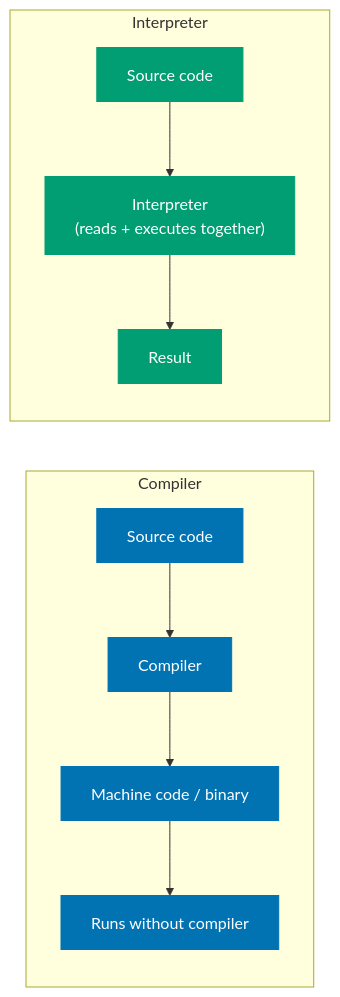
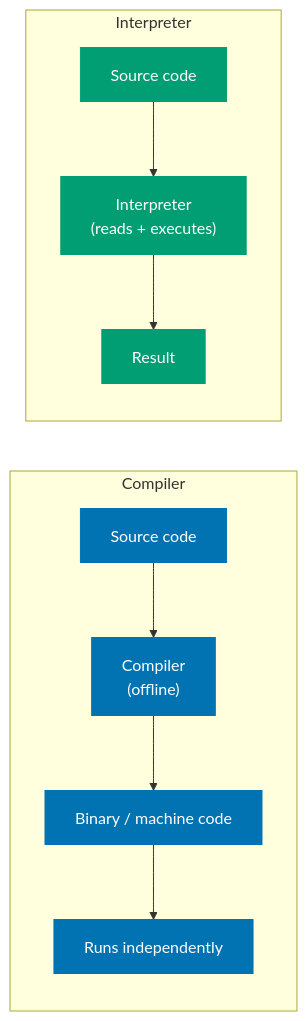
The fourth of 10 diagrams in apps/ayokoding-web/content/en/learn/software-engineering/compilers-and-interpreters/terminology.md (wahidyankf/open-sharia-enterprise), drawn with Mermaid before and after one commit. The commit also changed other lines of this file and 2 other files, not shown here.

First line of the commit message:
fix(ayokoding-web): fix mermaid diagram issues in compilers-and-interpreters

````diff
--- a/apps/ayokoding-web/content/en/learn/software-engineering/compilers-and-interpreters/terminology.md
+++ b/apps/ayokoding-web/content/en/learn/software-engineering/compilers-and-interpreters/terminology.md
@@ -194,18 +185,26 @@
 ```mermaid
 %% Color palette: Blue #0173B2, Orange #DE8F05, Teal #029E73, Purple #CC78BC, Brown #CA9161, Gray #808080
 flowchart LR
     subgraph Compiler["Compiler"]
-        CS["Source code"] --> CC["Compiler"] --> CA["Machine code / binary"]
-        CA --> CR["Runs without compiler"]
+        direction TB
+        CS["Source code"]
+        CC["Compiler\n(offline)"]
+        CA["Binary / machine code"]
+        CR["Runs independently"]
+        CS --> CC --> CA --> CR
     end
 
     subgraph Interpreter["Interpreter"]
-        IS["Source code"] --> II["Interpreter\n(reads + executes together)"] --> IR["Result"]
+        direction TB
+        IS["Source code"]
+        II["Interpreter\n(reads + executes)"]
+        IR["Result"]
+        IS --> II --> IR
     end
 
     classDef blue fill:#0173B2,color:#fff,stroke:#0173B2
     classDef teal fill:#029E73,color:#fff,stroke:#029E73
 
     class CS,CC,CA,CR blue
     class IS,II,IR teal
 ```
````
